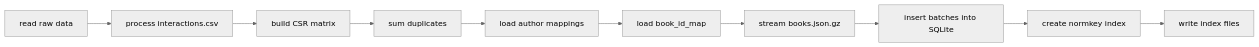
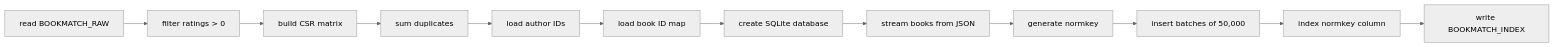
The first of 4 diagrams in docs/3_WORKFLOWS.md (cptntrps/bookmatch), drawn with Mermaid (neutral theme) before and after one commit. The commit also changed other lines of this file and 5 other files, not shown here.

````diff
--- a/docs/3_WORKFLOWS.md
+++ b/docs/3_WORKFLOWS.md
@@ -42,12 +43,14 @@
 ```mermaid
 graph LR
-    A[read raw data] --> B[process interactions.csv]
+    A[read BOOKMATCH_RAW] --> B[filter ratings > 0]
     B --> C[build CSR matrix]
     C --> D[sum duplicates]
-    D --> E[load author mappings]
-    E --> F[load book_id_map]
-    F --> G[stream books.json.gz]
-    G --> H[insert batches into SQLite]
-    H --> I[create normkey index]
-    I --> J[write index files]
+    D --> E[load author IDs]
+    E --> F[load book ID map]
+    F --> G[create SQLite database]
+    G --> H[stream books from JSON]
+    H --> I[generate normkey]
+    I --> J[insert batches of 50,000]
+    J --> K[index normkey column]
+    K --> L[write BOOKMATCH_INDEX]
 ```
````
